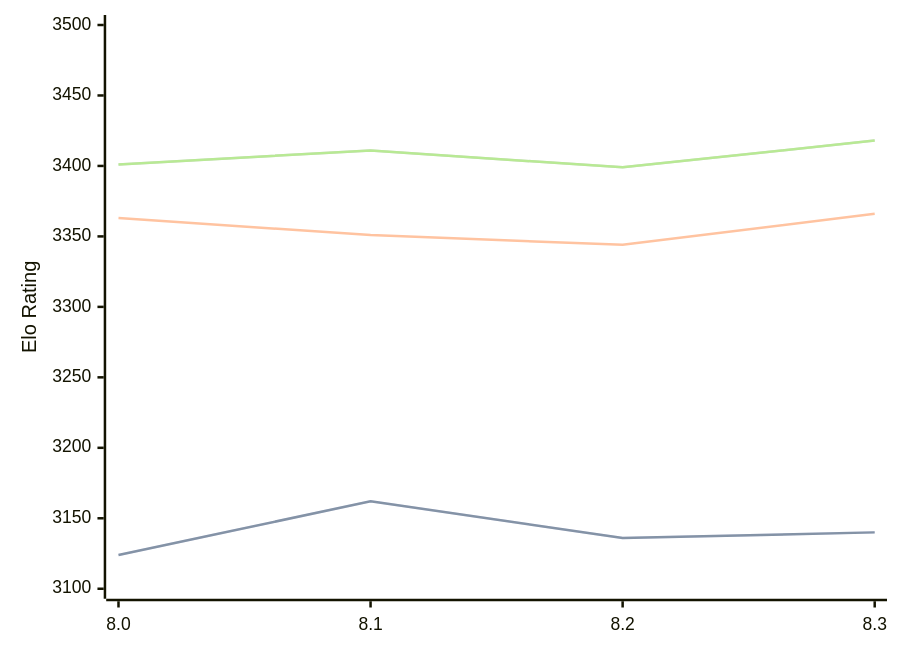
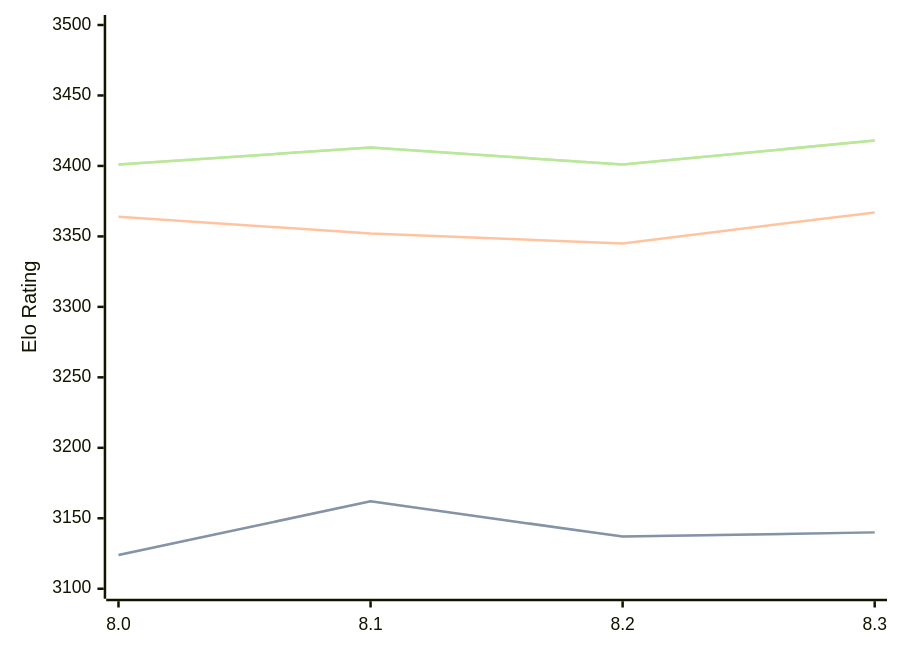
One commit to computer-chess-index/cci changed the third of 3 diagrams in engines/Alexander.md. Above: the diagram before and after it, drawn with Mermaid. The commit also changed other lines of this file, not shown here.

Commit message:
Update CCI Ratings (ELO VLTC) - 2026-06-22

````diff
--- a/engines/Alexander.md
+++ b/engines/Alexander.md
@@ -81,11 +81,11 @@
 ```mermaid
 %%{init: {"theme":"base","themeVariables":{"seriesColors:['#a3a3a3','#222221','#faa371']}}}%%
 xychart-beta
   x-axis ["8.0", "8.1", "8.2", "8.3"]
   y-axis "Elo Rating" 3100 --> 3500
-  line "STC (8.0+0.08s)" [3124, 3162, 3136, 3140]
-  line "STC (8.0+0.08s)" [3124, 3162, 3136, 3140]
-  line "LTC (60.0+0.60s)" [3363, 3351, 3344, 3366]
-  line "VLTC (2m24s+1.12s)" [3401, 3411, 3399, 3418]
-  line "VLTC (2m24s+1.12s)" [3401, 3411, 3399, 3418]
+  line "STC (8.0+0.08s)" [3124, 3162, 3137, 3140]
+  line "STC (8.0+0.08s)" [3124, 3162, 3137, 3140]
+  line "LTC (60.0+0.60s)" [3364, 3352, 3345, 3367]
+  line "VLTC (2m24s+1.12s)" [3401, 3413, 3401, 3418]
+  line "VLTC (2m24s+1.12s)" [3401, 3413, 3401, 3418]
 ```
````
